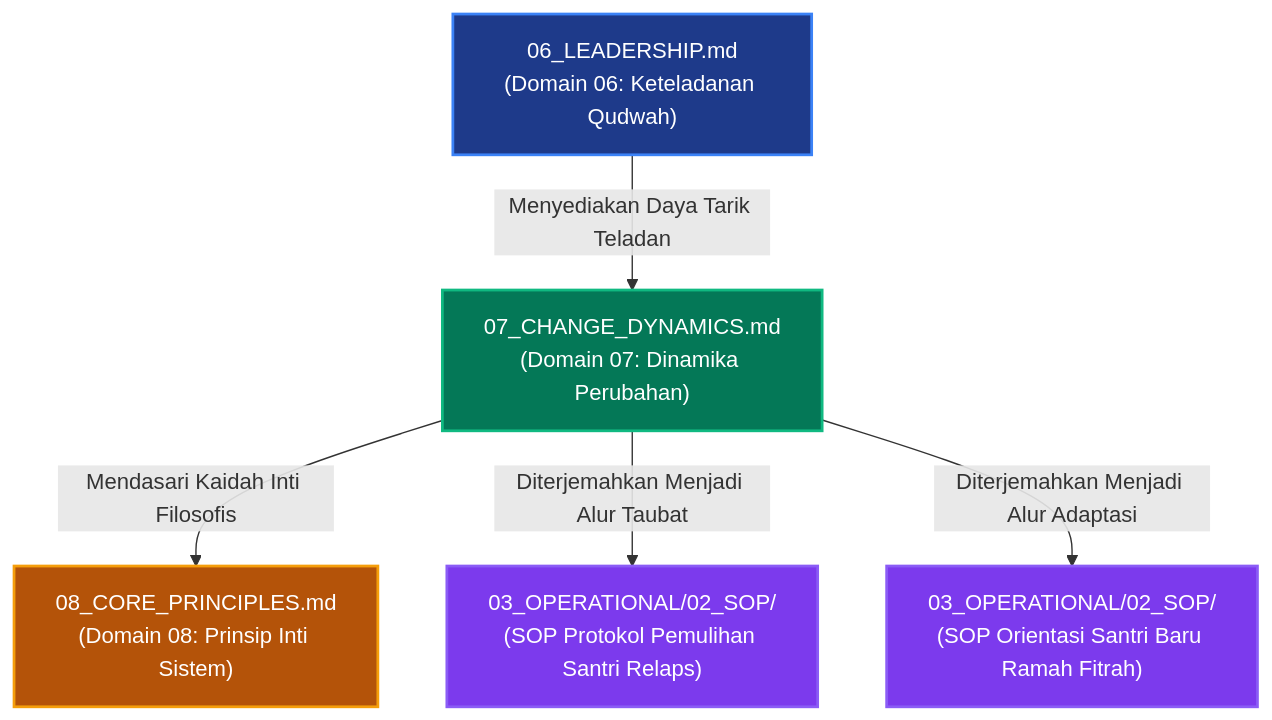
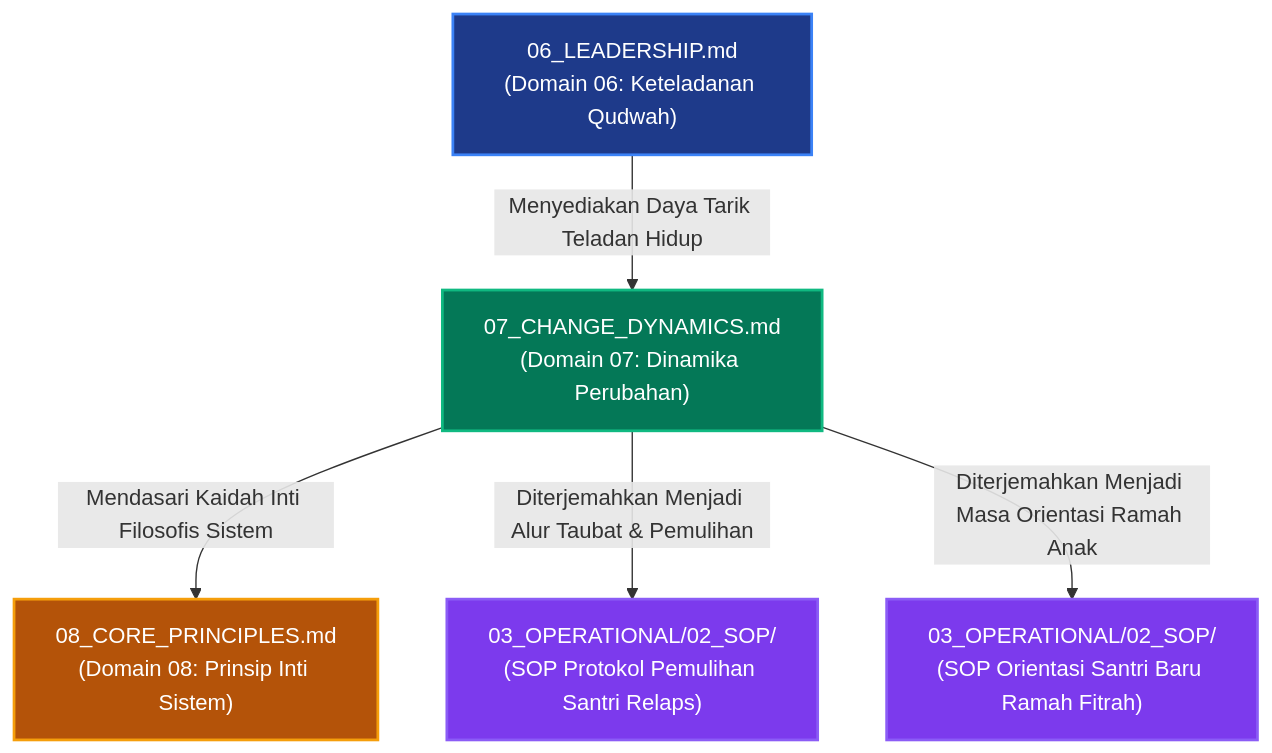
Before and after one commit to wandiapriliyandi/tumbuh: the diagram in PROBE/PROBE_01/P00030-Mengapa-Change-Dinamika-Perubahan-Jiwa-Berada-Setelah-Kepemimpinan.md, drawn with Mermaid. The commit also changed other lines of this file and 9 other files, not shown here.

````diff
--- a/PROBE/PROBE_01/P00030-Mengapa-Change-Dinamika-Perubahan-Jiwa-Berada-Setelah-Kepemimpinan.md
+++ b/PROBE/PROBE_01/P00030-Mengapa-Change-Dinamika-Perubahan-Jiwa-Berada-Setelah-Kepemimpinan.md
@@ -219,19 +142,19 @@
 ```mermaid
 graph TD
     classDef leadNode fill:#1e3a8a,stroke:#3b82f6,stroke-width:2px,color:#fff;
     classDef chgNode fill:#047857,stroke:#10b981,stroke-width:2px,color:#fff;
     classDef prinNode fill:#b45309,stroke:#f59e0b,stroke-width:2px,color:#fff;
     classDef sopNode fill:#7c3aed,stroke:#8b5cf6,stroke-width:2px,color:#fff;
 
     LEAD["06_LEADERSHIP.md<br/>(Domain 06: Keteladanan Qudwah)"]:::leadNode
     CHG["07_CHANGE_DYNAMICS.md<br/>(Domain 07: Dinamika Perubahan)"]:::chgNode
     PRIN["08_CORE_PRINCIPLES.md<br/>(Domain 08: Prinsip Inti Sistem)"]:::prinNode
     
     SOP_TAUBAT["03_OPERATIONAL/02_SOP/<br/>(SOP Protokol Pemulihan Santri Relaps)"]:::sopNode
     SOP_ADAPT["03_OPERATIONAL/02_SOP/<br/>(SOP Orientasi Santri Baru Ramah Fitrah)"]:::sopNode
 
-    LEAD -->|Menyediakan Daya Tarik Teladan| CHG
-    CHG -->|Mendasari Kaidah Inti Filosofis| PRIN
-    CHG -->|Diterjemahkan Menjadi Alur Taubat| SOP_TAUBAT
-    CHG -->|Diterjemahkan Menjadi Alur Adaptasi| SOP_ADAPT
+    LEAD -->|Menyediakan Daya Tarik Teladan Hidup| CHG
+    CHG -->|Mendasari Kaidah Inti Filosofis Sistem| PRIN
+    CHG -->|Diterjemahkan Menjadi Alur Taubat & Pemulihan| SOP_TAUBAT
+    CHG -->|Diterjemahkan Menjadi Masa Orientasi Ramah Anak| SOP_ADAPT
 ```
````
